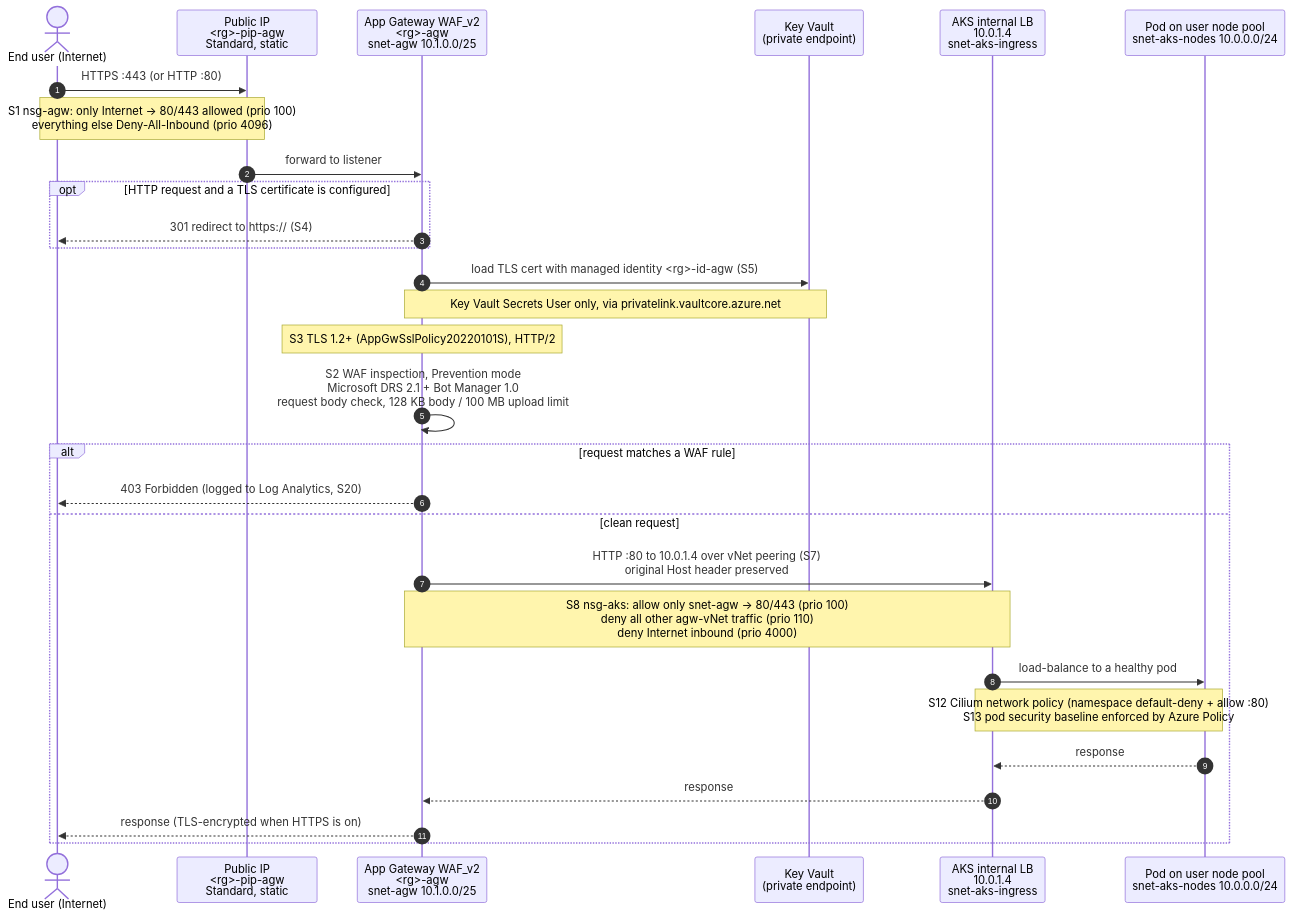
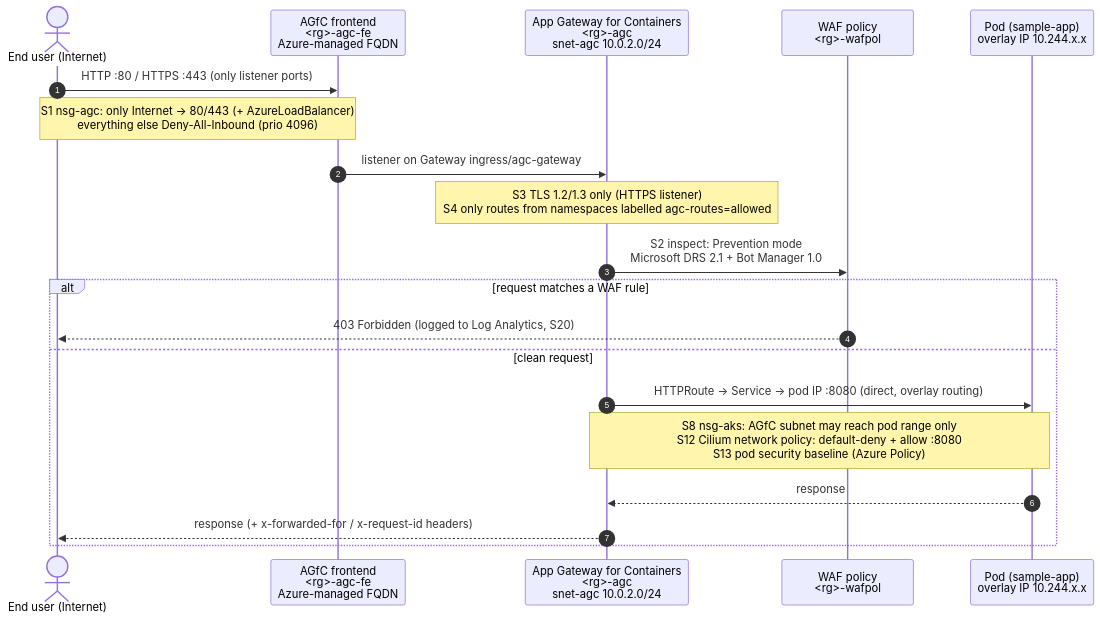
The first of 5 diagrams in docs/architecture.md (slakhani10/aks), drawn with Mermaid before and after one commit. The commit also changed other lines of this file and 20 other files, not shown here.

````diff
--- a/docs/architecture.md
+++ b/docs/architecture.md
@@ -23,35 +23,24 @@
 ```mermaid
 sequenceDiagram
     autonumber
     actor U as End user (Internet)
-    participant PIP as Public IP<br/>#lt;rg#gt;-pip-agw<br/>Standard, static
-    participant AGW as App Gateway WAF_v2<br/>#lt;rg#gt;-agw<br/>snet-agw 10.1.0.0/25
-    participant KV as Key Vault<br/>(private endpoint)
-    participant ILB as AKS internal LB<br/>10.0.1.4<br/>snet-aks-ingress
-    participant POD as Pod on user node pool<br/>snet-aks-nodes 10.0.0.0/24
+    participant FE as AGfC frontend<br/>#lt;rg#gt;-agc-fe<br/>Azure-managed FQDN
+    participant AGC as App Gateway for Containers<br/>#lt;rg#gt;-agc<br/>snet-agc 10.0.2.0/24
+    participant WAF as WAF policy<br/>#lt;rg#gt;-wafpol
+    participant POD as Pod (sample-app)<br/>overlay IP 10.244.x.x
 
-    U->>PIP: HTTPS :443 (or HTTP :80)
-    Note over U,PIP: S1 nsg-agw: only Internet → 80/443 allowed (prio 100)<br/>everything else Deny-All-Inbound (prio 4096)
-    PIP->>AGW: forward to listener
+    U->>FE: HTTP :80 / HTTPS :443 (only listener ports)
+    Note over U,FE: S1 nsg-agc: only Internet → 80/443 (+ AzureLoadBalancer)<br/>everything else Deny-All-Inbound (prio 4096)
+    FE->>AGC: listener on Gateway ingress/agc-gateway
+    Note over AGC: S3 TLS 1.2/1.3 only (HTTPS listener)<br/>S4 only routes from namespaces labelled agc-routes=allowed
 
-    opt HTTP request and a TLS certificate is configured
-        AGW-->>U: 301 redirect to https:// (S4)
-    end
-
-    AGW->>KV: load TLS cert with managed identity #lt;rg#gt;-id-agw (S5)
-    Note over AGW,KV: Key Vault Secrets User only, via privatelink.vaultcore.azure.net
-    Note over AGW: S3 TLS 1.2+ (AppGwSslPolicy20220101S), HTTP/2
-
-    AGW->>AGW: S2 WAF inspection, Prevention mode<br/>Microsoft DRS 2.1 + Bot Manager 1.0<br/>request body check, 128 KB body / 100 MB upload limit
+    AGC->>WAF: S2 inspect: Prevention mode<br/>Microsoft DRS 2.1 + Bot Manager 1.0
     alt request matches a WAF rule
-        AGW-->>U: 403 Forbidden (logged to Log Analytics, S20)
+        WAF-->>U: 403 Forbidden (logged to Log Analytics, S20)
     else clean request
-        AGW->>ILB: HTTP :80 to 10.0.1.4 over vNet peering (S7)<br/>original Host header preserved
-        Note over AGW,ILB: S8 nsg-aks: allow only snet-agw → 80/443 (prio 100)<br/>deny all other agw-vNet traffic (prio 110)<br/>deny Internet inbound (prio 4000)
-        ILB->>POD: load-balance to a healthy pod
-        Note over ILB,POD: S12 Cilium network policy (namespace default-deny + allow :80)<br/>S13 pod security baseline enforced by Azure Policy
-        POD-->>ILB: response
-        ILB-->>AGW: response
-        AGW-->>U: response (TLS-encrypted when HTTPS is on)
+        AGC->>POD: HTTPRoute → Service → pod IP :8080 (direct, overlay routing)
+        Note over AGC,POD: S8 nsg-aks: AGfC subnet may reach pod range only<br/>S12 Cilium network policy: default-deny + allow :8080<br/>S13 pod security baseline (Azure Policy)
+        POD-->>AGC: response
+        AGC-->>U: response (+ x-forwarded-for / x-request-id headers)
     end
 ```
````
